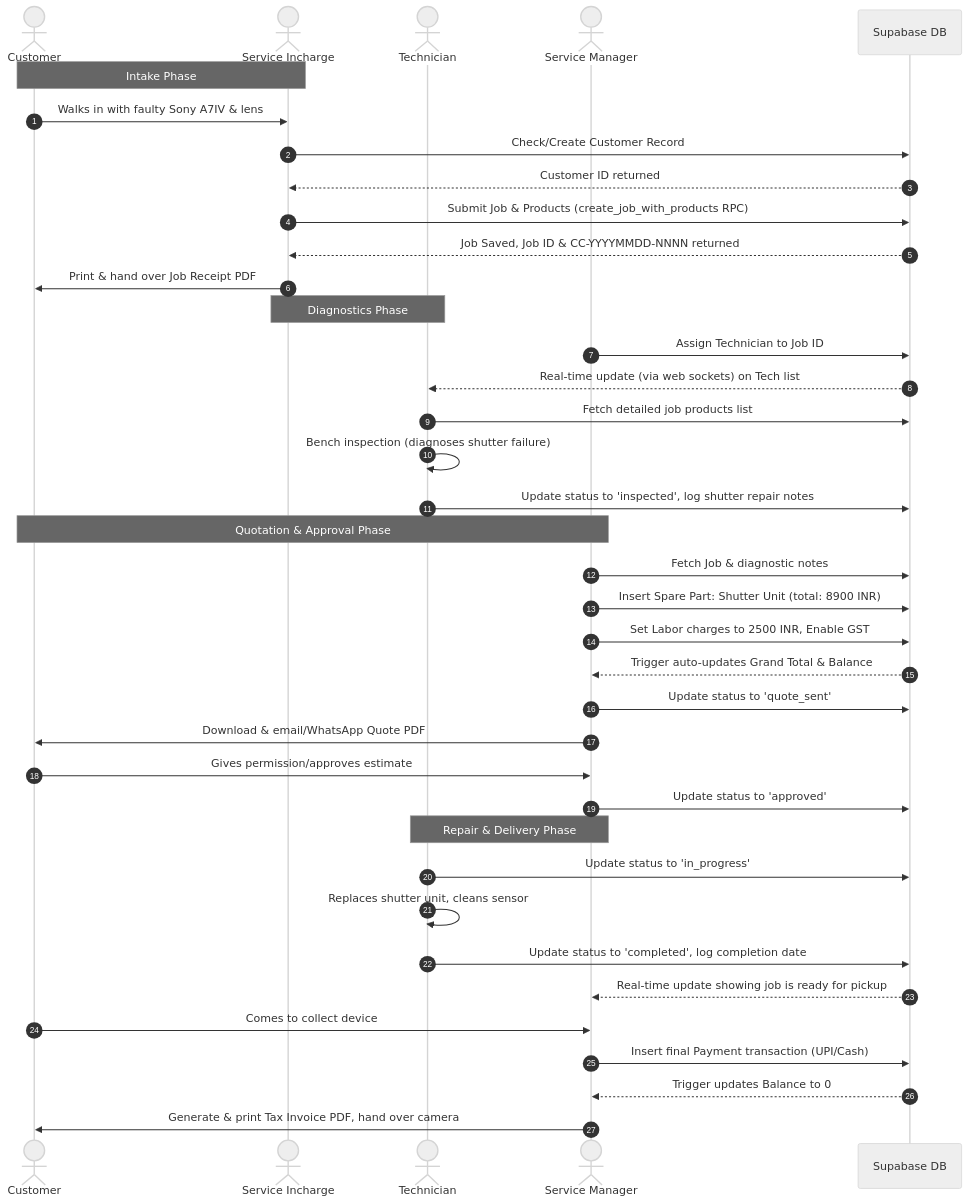
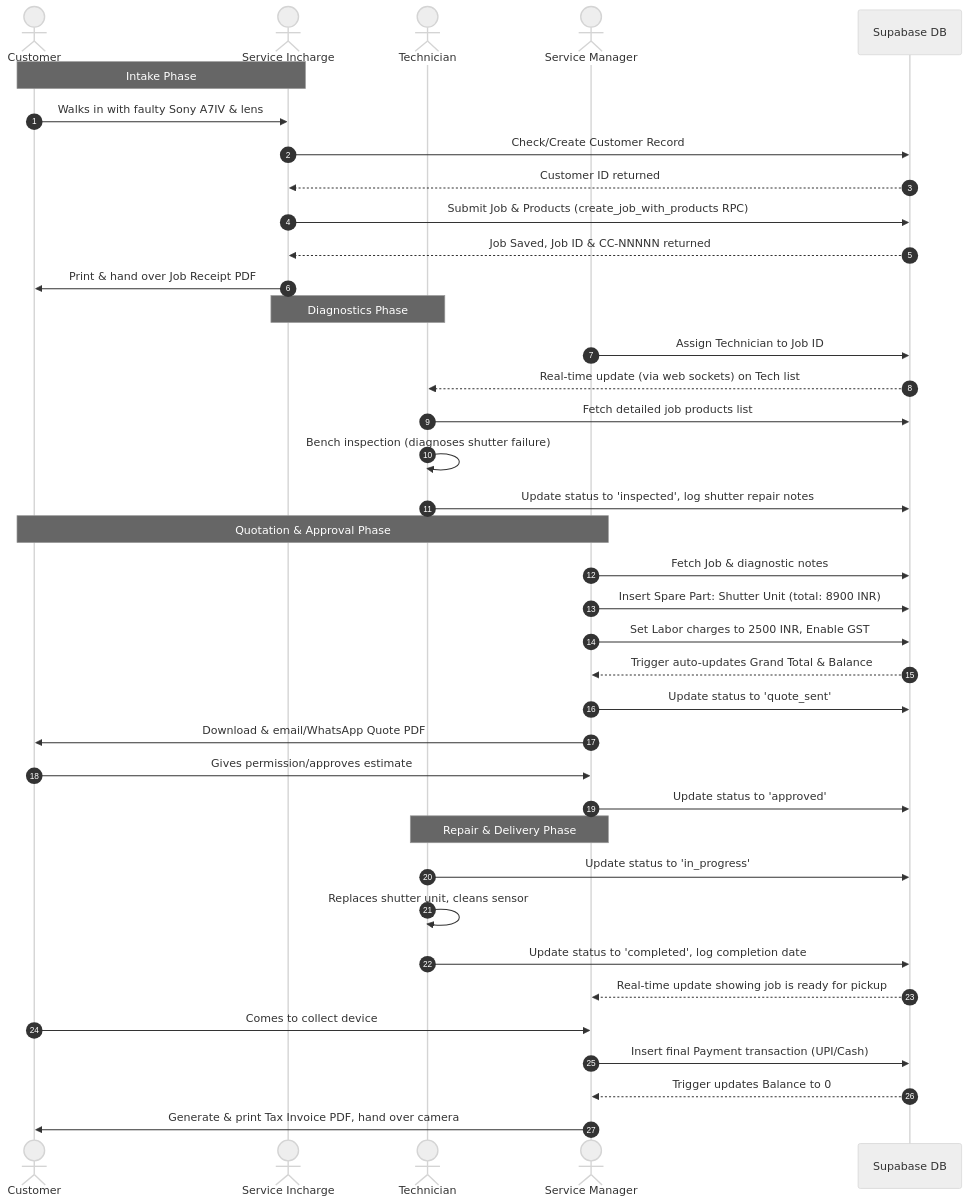
Before and after one commit to camclinic8-bit/camclinic: the third of 3 diagrams in README.md, drawn with Mermaid (neutral theme). The commit also changed other lines of this file and 15 other files, not shown here.

````diff
--- a/README.md
+++ b/README.md
@@ -538,44 +538,44 @@
 ```mermaid
 sequenceDiagram
     autonumber
     actor Customer as Customer
     actor Incharge as Service Incharge
     actor Tech as Technician
     actor Manager as Service Manager
     participant DB as Supabase DB
 
     Note over Customer, Incharge: Intake Phase
     Customer->>Incharge: Walks in with faulty Sony A7IV & lens
     Incharge->>DB: Check/Create Customer Record
     DB-->>Incharge: Customer ID returned
     Incharge->>DB: Submit Job & Products (create_job_with_products RPC)
-    DB-->>Incharge: Job Saved, Job ID & CC-YYYYMMDD-NNNN returned
+    DB-->>Incharge: Job Saved, Job ID & CC-NNNNN returned
     Incharge->>Customer: Print & hand over Job Receipt PDF
 
     Note over Incharge, Tech: Diagnostics Phase
     Manager->>DB: Assign Technician to Job ID
     DB-->>Tech: Real-time update (via web sockets) on Tech list
     Tech->>DB: Fetch detailed job products list
     Tech->>Tech: Bench inspection (diagnoses shutter failure)
     Tech->>DB: Update status to 'inspected', log shutter repair notes
 
     Note over Manager, Customer: Quotation & Approval Phase
     Manager->>DB: Fetch Job & diagnostic notes
     Manager->>DB: Insert Spare Part: Shutter Unit (total: 8900 INR)
     Manager->>DB: Set Labor charges to 2500 INR, Enable GST
     DB-->>Manager: Trigger auto-updates Grand Total & Balance
     Manager->>DB: Update status to 'quote_sent'
     Manager->>Customer: Download & email/WhatsApp Quote PDF
     Customer->>Manager: Gives permission/approves estimate
     Manager->>DB: Update status to 'approved'
 
     Note over Tech, Manager: Repair & Delivery Phase
     Tech->>DB: Update status to 'in_progress'
     Tech->>Tech: Replaces shutter unit, cleans sensor
     Tech->>DB: Update status to 'completed', log completion date
     DB-->>Manager: Real-time update showing job is ready for pickup
     Customer->>Manager: Comes to collect device
     Manager->>DB: Insert final Payment transaction (UPI/Cash)
     DB-->>Manager: Trigger updates Balance to 0
     Manager->>Customer: Generate & print Tax Invoice PDF, hand over camera
 ```
````
